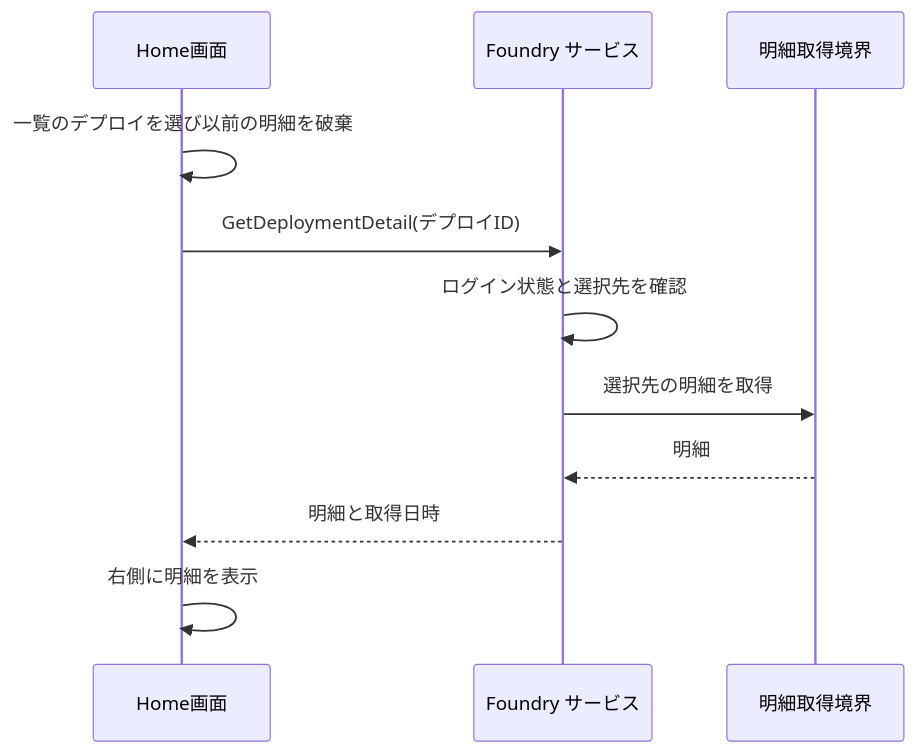
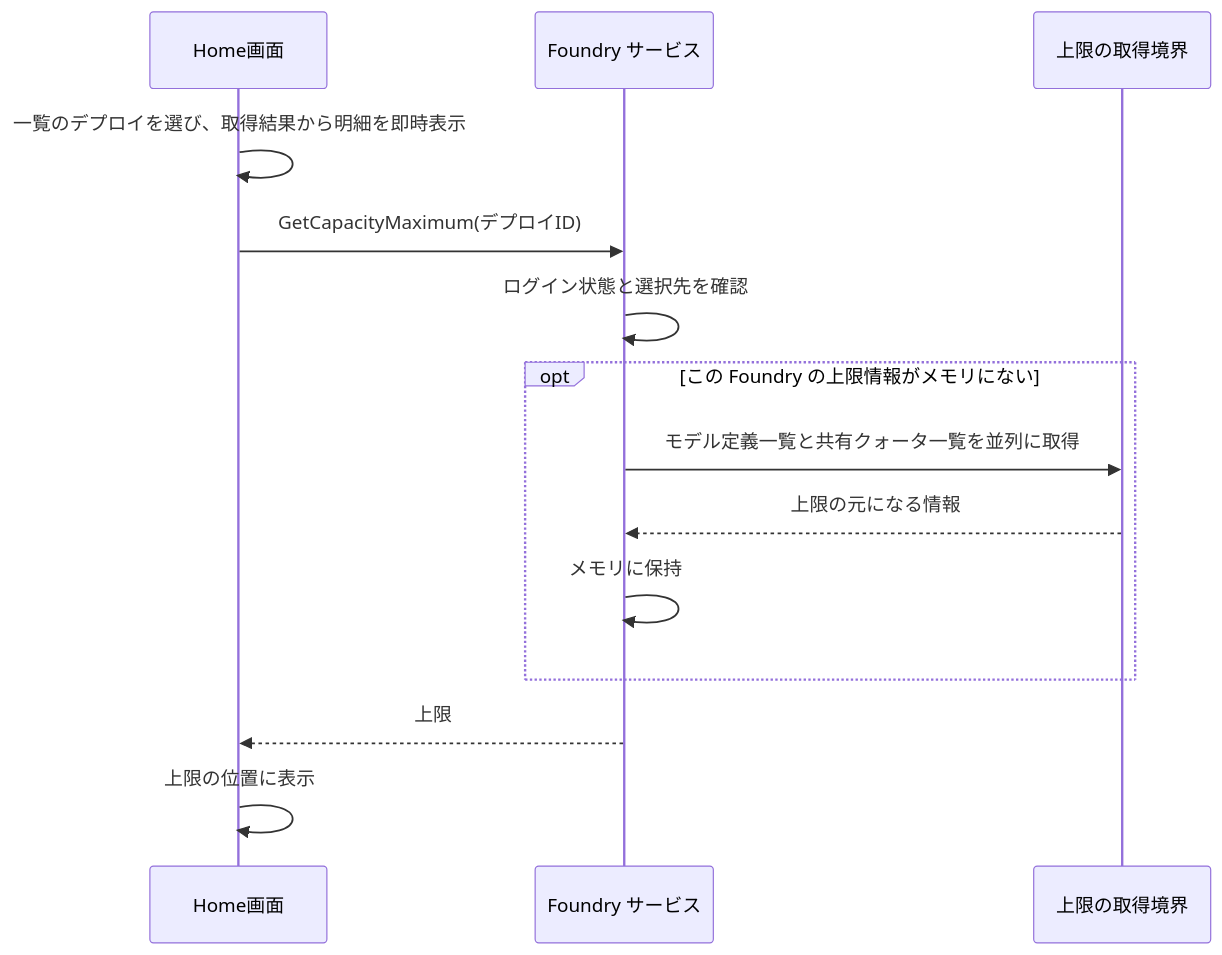
The fifth of 5 diagrams in docs/design/UCP-1.md (nuitsjp/azfoundry-deck), drawn with Mermaid before and after one commit. The commit also changed other lines of this file and 88 other files, not shown here.

````diff
--- a/docs/design/UCP-1.md
+++ b/docs/design/UCP-1.md
@@ -220,13 +202,16 @@
 ```mermaid
 sequenceDiagram
   participant U as Home画面
   participant S as Foundry サービス
-  participant K as 明細取得境界
-  U->>U: 一覧のデプロイを選び以前の明細を破棄
-  U->>S: GetDeploymentDetail(デプロイID)
+  participant K as 上限の取得境界
+  U->>U: 一覧のデプロイを選び、取得結果から明細を即時表示
+  U->>S: GetCapacityMaximum(デプロイID)
   S->>S: ログイン状態と選択先を確認
-  S->>K: 選択先の明細を取得
-  K-->>S: 明細
-  S-->>U: 明細と取得日時
-  U->>U: 右側に明細を表示
+  opt この Foundry の上限情報がメモリにない
+    S->>K: モデル定義一覧と共有クォータ一覧を並列に取得
+    K-->>S: 上限の元になる情報
+    S->>S: メモリに保持
+  end
+  S-->>U: 上限
+  U->>U: 上限の位置に表示
 ```
````
